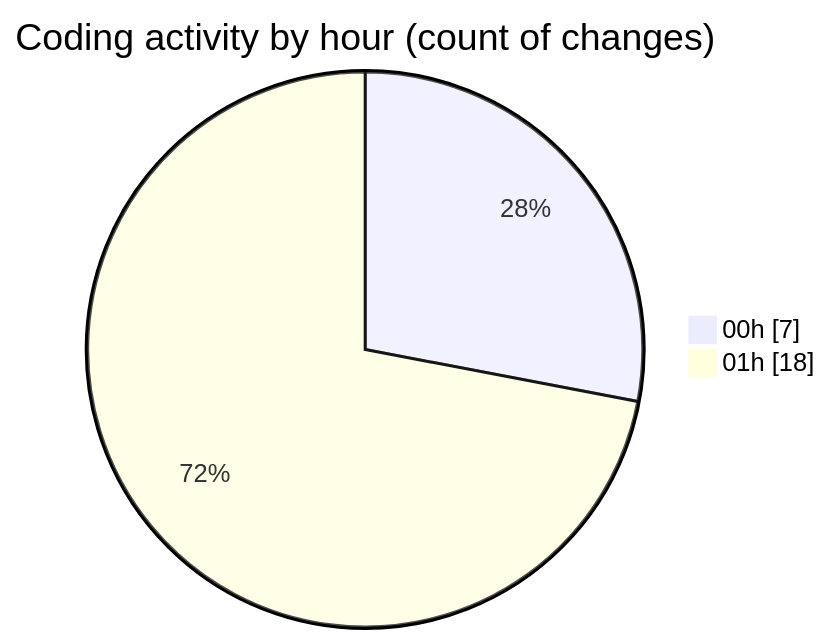
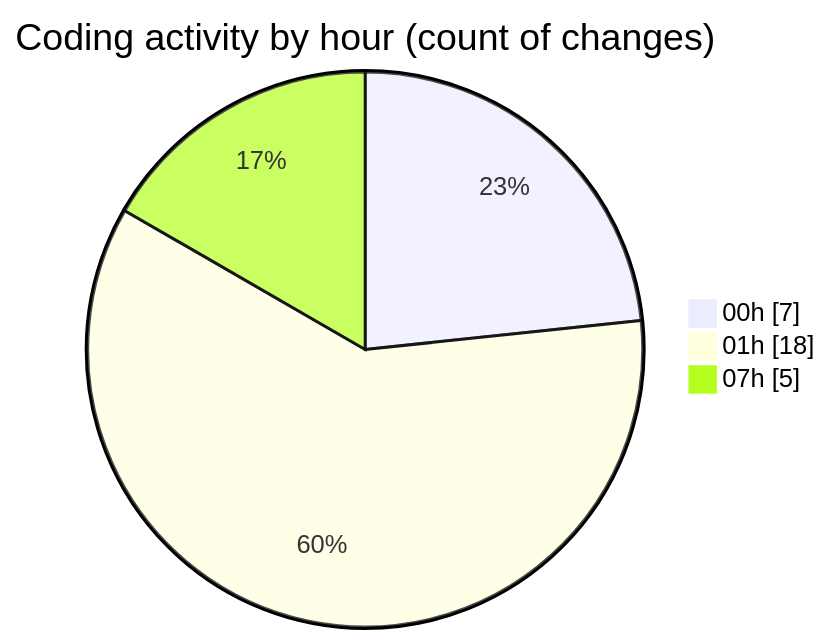
Before and after one commit to tmsrecording-cyber/code-tracking: the second of 2 diagrams in 2026-04-24/darkwire/README.md, drawn with Mermaid. The commit also changed other lines of this file and 1 other file, not shown here.

````diff
--- a/2026-04-24/darkwire/README.md
+++ b/2026-04-24/darkwire/README.md
@@ -40,6 +40,7 @@
 ```mermaid
 pie showData
 title Coding activity by hour (count of changes)
 "00h" : 7
 "01h" : 18
+"07h" : 5
 ```
````
